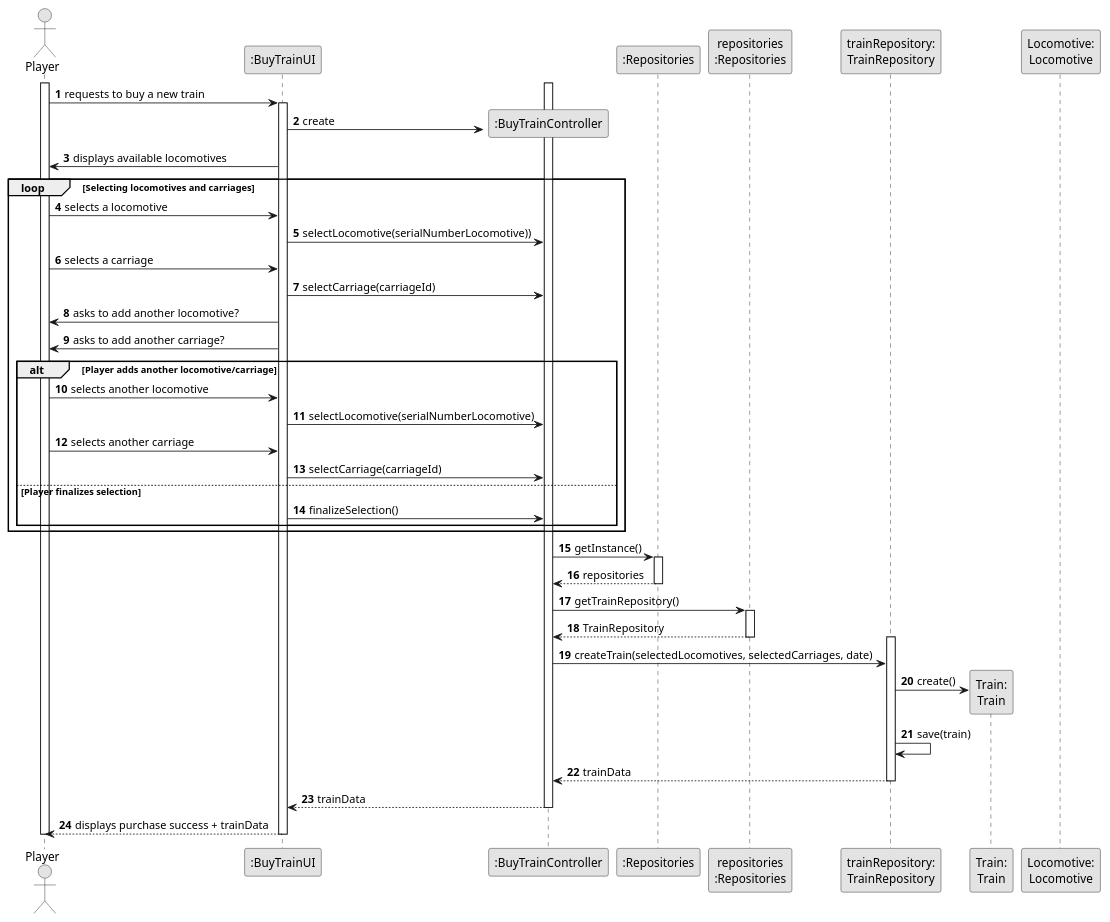
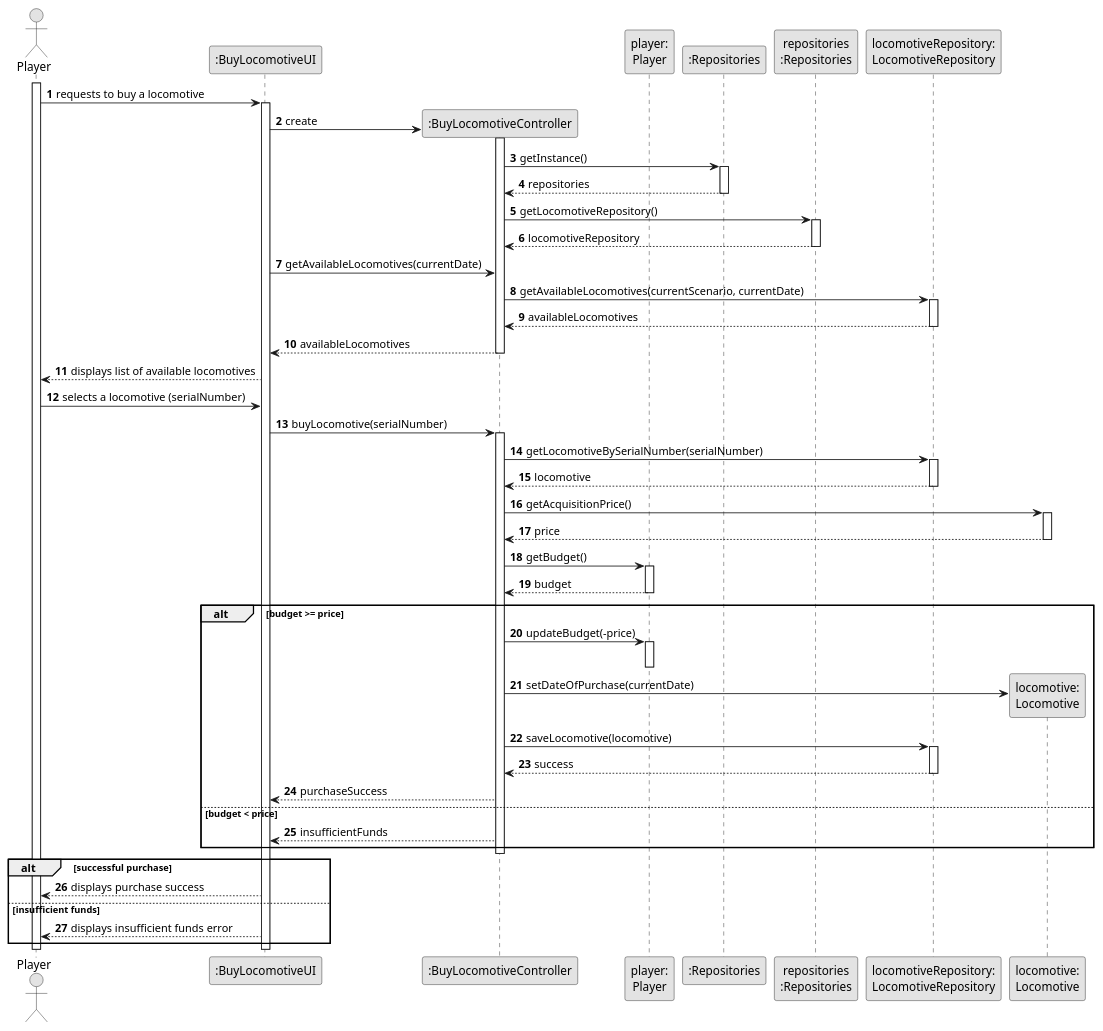
The diagram in docs/sprint2/us009/03.design/puml/us009-sequence-diagram-full.puml (ivasduarte/all-aboard), drawn with PlantUML before and after one commit. The commit also changed 3 other files, not shown here.

Commit message:
US009(docs): updated class and sequence diagram according to changes on the project assignment

```diff
--- a/docs/sprint2/us009/03.design/puml/us009-sequence-diagram-full.puml
+++ b/docs/sprint2/us009/03.design/puml/us009-sequence-diagram-full.puml
@@ -1,75 +1,97 @@
 @startuml
 skinparam monochrome true
 skinparam packageStyle rectangle
 skinparam shadowing false
 
 autonumber
 
 actor "Player" as Player
-participant ":BuyTrainUI" as UI
-participant ":BuyTrainController" as CTRL
+participant ":BuyLocomotiveUI" as UI
+participant ":BuyLocomotiveController" as CTRL
+participant "player:\nPlayer" as PlayerObj
 participant ":Repositories" as RepositorySingleton
 participant "repositories\n:Repositories" as PLAT
-participant "trainRepository:\nTrainRepository" as TrainRepository
-participant "Train:\nTrain" as Train
-participant "Locomotive:\nLocomotive" as Locomotive
+participant "locomotiveRepository:\nLocomotiveRepository" as LocomotiveRepo
+participant "locomotive:\nLocomotive" as Locomotive
 
 activate Player
 
-    Player -> UI : requests to buy a new train
+    Player -> UI : requests to buy a locomotive
     activate UI
 
         UI -> CTRL** : create
-
-        UI -> Player : displays available locomotives
-
-        loop Selecting locomotives and carriages
-            Player -> UI : selects a locomotive
-            UI -> CTRL : selectLocomotive(serialNumberLocomotive))
-            Player -> UI : selects a carriage
-            UI -> CTRL : selectCarriage(carriageId)
-
-            UI -> Player : asks to add another locomotive?
-            UI -> Player : asks to add another carriage?
-
-            alt Player adds another locomotive/carriage
-                Player -> UI : selects another locomotive
-                UI -> CTRL : selectLocomotive(serialNumberLocomotive)
-                Player -> UI : selects another carriage
-                UI -> CTRL : selectCarriage(carriageId)
-            else Player finalizes selection
-                UI -> CTRL : finalizeSelection()
-            end
-        end
+        
 
         activate CTRL
 
-            CTRL -> RepositorySingleton : getInstance()
+
+            
+          CTRL -> RepositorySingleton : getInstance()
             activate RepositorySingleton
                 RepositorySingleton --> CTRL : repositories
             deactivate RepositorySingleton
 
-            CTRL -> PLAT : getTrainRepository()
+            CTRL -> PLAT : getLocomotiveRepository()
             activate PLAT
-                PLAT --> CTRL : TrainRepository
+                PLAT --> CTRL : locomotiveRepository
             deactivate PLAT
-
-            activate TrainRepository
-
-                CTRL -> TrainRepository : createTrain(selectedLocomotives, selectedCarriages, date)
-
-                TrainRepository -> Train** : create()
-
-                TrainRepository -> TrainRepository : save(train)
-
-                TrainRepository --> CTRL : trainData
-            deactivate TrainRepository
-
-        CTRL --> UI : trainData
+UI -> CTRL : getAvailableLocomotives(currentDate)
+            CTRL -> LocomotiveRepo : getAvailableLocomotives(currentScenario, currentDate)
+            activate LocomotiveRepo
+                LocomotiveRepo --> CTRL : availableLocomotives
+            deactivate LocomotiveRepo
+            
+            CTRL --> UI : availableLocomotives
         deactivate CTRL
 
-    UI --> Player : displays purchase success + trainData
+        UI --> Player : displays list of available locomotives
+
+        Player -> UI : selects a locomotive (serialNumber)
+        
+        UI -> CTRL : buyLocomotive(serialNumber)
+        activate CTRL
+            
+            CTRL -> LocomotiveRepo : getLocomotiveBySerialNumber(serialNumber)
+            activate LocomotiveRepo
+                LocomotiveRepo --> CTRL : locomotive
+            deactivate LocomotiveRepo
+            
+            CTRL -> Locomotive : getAcquisitionPrice()
+            activate Locomotive
+                Locomotive --> CTRL : price
+            deactivate Locomotive
+            
+            CTRL -> PlayerObj : getBudget()
+            activate PlayerObj
+                PlayerObj --> CTRL : budget
+            deactivate PlayerObj
+            
+            alt budget >= price
+                CTRL -> PlayerObj : updateBudget(-price)
+                activate PlayerObj
+                deactivate PlayerObj
+            
+                CTRL -> Locomotive** : setDateOfPurchase(currentDate)
+                
+                CTRL -> LocomotiveRepo : saveLocomotive(locomotive)
+                activate LocomotiveRepo
+                    LocomotiveRepo --> CTRL : success
+                deactivate LocomotiveRepo
+                
+                CTRL --> UI : purchaseSuccess
+            else budget < price
+                CTRL --> UI : insufficientFunds
+            end
+            
+        deactivate CTRL
+
+        alt successful purchase
+            UI --> Player : displays purchase success
+        else insufficient funds
+            UI --> Player : displays insufficient funds error
+        end
+    
     deactivate UI
 
 deactivate Player
 @enduml
```
